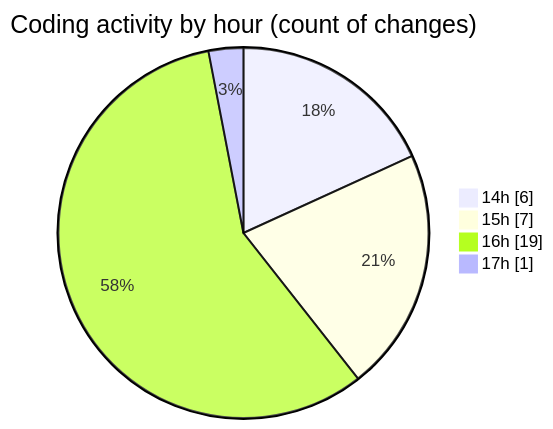
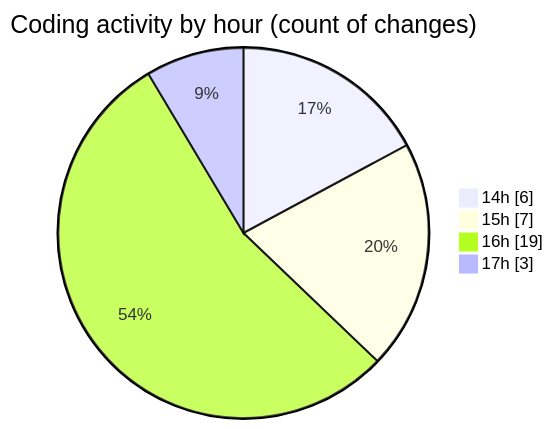
The second of 2 diagrams in 2026-03-30/cinema/README.md (igalym/code-tracking), drawn with Mermaid before and after one commit. The commit also changed other lines of this file and 1 other file, not shown here.

````diff
--- a/2026-03-30/cinema/README.md
+++ b/2026-03-30/cinema/README.md
@@ -35,8 +35,8 @@
 ```mermaid
 pie showData
 title Coding activity by hour (count of changes)
 "14h" : 6
 "15h" : 7
 "16h" : 19
-"17h" : 1
+"17h" : 3
 ```
````
